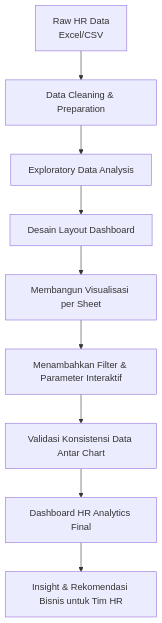
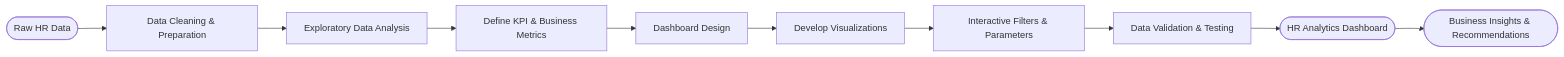
The diagram in README.md (alfitranurr/hr-attrition-analytics-dashboard), drawn with Mermaid before and after one commit. The commit also changed other lines of this file, not shown here.

Commit message:
docs: remove flow diagram heading and update mermaid workflow visualization

````diff
--- a/README.md
+++ b/README.md
@@ -93,11 +90,13 @@
 ```mermaid
-flowchart TD
-    A[Raw HR Data<br/>Excel/CSV] --> B[Data Cleaning & Preparation]
-    B --> C[Exploratory Data Analysis]
-    C --> D[Desain Layout Dashboard]
-    D --> E[Membangun Visualisasi per Sheet]
-    E --> F[Menambahkan Filter & Parameter Interaktif]
-    F --> G[Validasi Konsistensi Data Antar Chart]
-    G --> H[Dashboard HR Analytics Final]
-    H --> I[Insight & Rekomendasi Bisnis untuk Tim HR]
+flowchart LR
+
+A([Raw HR Data]) --> B[Data Cleaning & Preparation]
+B --> C[Exploratory Data Analysis]
+C --> D[Define KPI & Business Metrics]
+D --> E[Dashboard Design]
+E --> F[Develop Visualizations]
+F --> G[Interactive Filters & Parameters]
+G --> H[Data Validation & Testing]
+H --> I([HR Analytics Dashboard])
+I --> J([Business Insights & Recommendations])
 ```
````
